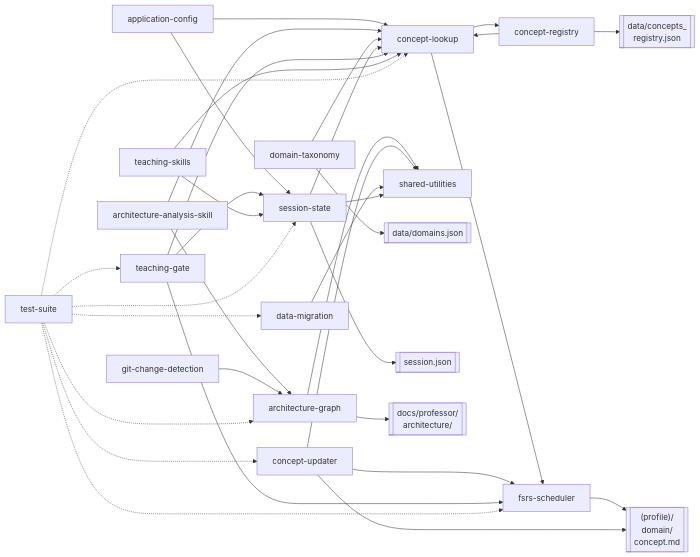
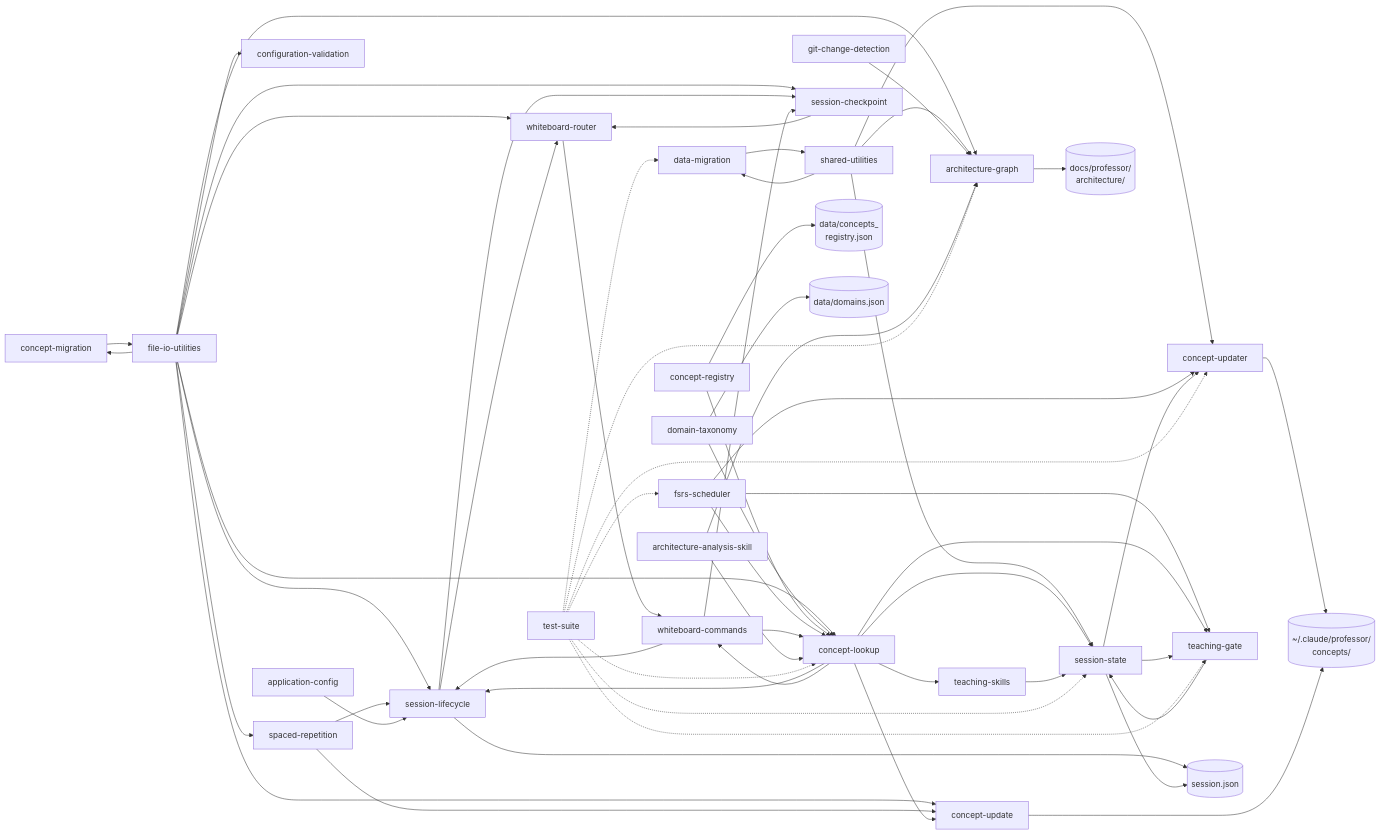
Before and after one commit to theadityamittal/claude-professor: the first of 4 diagrams in docs/professor/architecture/data-flow.md, drawn with Mermaid. The commit also changed other lines of this file and 148 other files, not shown here.

First line of the commit message:
v5.0.0: whiteboard redesign — JIT iterator, inline professor, research-backed concerns catalog (#7)

````diff
--- a/docs/professor/architecture/data-flow.md
+++ b/docs/professor/architecture/data-flow.md
@@ -8,65 +8,129 @@
     ArchSkill["architecture-analysis-skill"]
     ArchGraph["architecture-graph"]
     ConceptLookup["concept-lookup"]
+    ConceptMig["concept-migration"]
     ConceptReg["concept-registry"]
-    ConceptUpdate["concept-updater"]
+    ConceptUpdate["concept-update"]
+    ConceptUpdater["concept-updater"]
+    ConfigVal["configuration-validation"]
     DataMig["data-migration"]
     DomainTax["domain-taxonomy"]
-    FSRSScheduler["fsrs-scheduler"]
+    FileIO["file-io-utilities"]
+    FSRSSched["fsrs-scheduler"]
     GitChange["git-change-detection"]
+    SessionChk["session-checkpoint"]
+    SessionLife["session-lifecycle"]
     SessionState["session-state"]
     SharedUtils["shared-utilities"]
-    TeachingGate["teaching-gate"]
-    TeachingSkills["teaching-skills"]
+    SpcRepeat["spaced-repetition"]
+    TeachGate["teaching-gate"]
+    TeachSkills["teaching-skills"]
     TestSuite["test-suite"]
-    
-    ProfileDir[["(profile)/<br/>domain/<br/>concept.md"]]
-    ConceptFile[["data/concepts_<br/>registry.json"]]
-    DomainFile[["data/domains.json"]]
-    SessionFile[["session.json"]]
-    ArchDir[["docs/professor/<br/>architecture/"]]
-    
-    AppConfig --> ConceptLookup
-    AppConfig --> SessionState
-    
+    WBCommands["whiteboard-commands"]
+    WBRouter["whiteboard-router"]
+
+    ProfileDir[("~/.claude/professor/\nconcepts/")]
+    ConceptRegFile[("data/concepts_\nregistry.json")]
+    DomainsFile[("data/domains.json")]
+    SessionFile[("session.json")]
+    ArchDirStore[("docs/professor/\narchitecture/")]
+
+    %% file-io-utilities is the foundation
+    FileIO --> SpcRepeat
+    FileIO --> ConceptLookup
+    FileIO --> SessionLife
+    FileIO --> SessionChk
+    FileIO --> WBRouter
+    FileIO --> ConceptUpdate
+    FileIO --> ArchGraph
+    FileIO --> ConceptMig
+    FileIO --> ConfigVal
+
+    %% shared-utilities (overlaps with file-io-utilities)
+    SharedUtils --> SessionState
+    SharedUtils --> ConceptUpdater
+    SharedUtils --> ArchGraph
+    SharedUtils --> DataMig
+
+    %% domain taxonomy feeds registry and lookup
+    DomainTax --> DomainsFile
+    DomainTax --> ConceptLookup
+
+    %% concept registry
+    ConceptReg --> ConceptRegFile
+    ConceptReg --> ConceptLookup
+
+    %% FSRS scheduler
+    FSRSSched --> ConceptUpdater
+    FSRSSched --> TeachGate
+    FSRSSched --> ConceptLookup
+
+    %% spaced repetition
+    SpcRepeat --> ConceptUpdate
+    SpcRepeat --> SessionLife
+
+    %% concept lookup
+    ConceptLookup --> SessionLife
+    ConceptLookup --> WBCommands
+    ConceptLookup --> ConceptUpdate
+    ConceptLookup --> SessionState
+    ConceptLookup --> TeachGate
+    ConceptLookup --> TeachSkills
+
+    %% application config
+    AppConfig --> SessionLife
+
+    %% session lifecycle
+    SessionLife --> WBRouter
+    SessionLife --> SessionChk
+    SessionLife --> SessionFile
+
+    %% session state
+    SessionState --> TeachGate
+    SessionState --> ConceptUpdater
+    SessionState --> SessionFile
+
+    %% teaching gate
+    TeachGate --> SessionState
+
+    %% session checkpoint
+    SessionChk --> WBRouter
+
+    %% whiteboard router
+    WBRouter --> WBCommands
+
+    %% whiteboard commands
+    WBCommands --> SessionLife
+    WBCommands --> ConceptLookup
+    WBCommands --> SessionChk
+
+    %% concept updater
+    ConceptUpdater --> ProfileDir
+
+    %% concept update (script)
+    ConceptUpdate --> ProfileDir
+
+    %% architecture graph
+    ArchGraph --> ArchDirStore
+    GitChange --> ArchGraph
+
+    %% architecture analysis skill
     ArchSkill --> ArchGraph
     ArchSkill --> ConceptLookup
-    
-    ArchGraph --> SharedUtils
-    ArchGraph --> ArchDir
-    GitChange --> ArchGraph
-    
-    ConceptReg --> ConceptFile
-    ConceptReg --> ConceptLookup
-    DomainTax --> DomainFile
-    DomainTax --> ConceptLookup
-    
-    ConceptLookup --> FSRSScheduler
-    ConceptLookup --> ConceptReg
-    
-    FSRSScheduler --> ProfileDir
-    ConceptUpdate --> FSRSScheduler
-    ConceptUpdate --> SharedUtils
-    ConceptUpdate --> ProfileDir
-    
+
+    %% teaching skills
+    TeachSkills --> SessionState
+
+    %% data migration & concept migration
     DataMig --> SharedUtils
-    
-    SessionState --> SharedUtils
-    SessionState --> ConceptLookup
-    SessionState --> SessionFile
-    
-    TeachingGate --> SessionState
-    TeachingGate --> ConceptLookup
-    TeachingGate --> FSRSScheduler
-    
-    TeachingSkills --> ConceptLookup
-    TeachingSkills --> SessionState
-    
-    TestSuite -.-> FSRSScheduler
+    ConceptMig --> FileIO
+
+    %% test suite (dashed = test dependency)
+    TestSuite -.-> FSRSSched
     TestSuite -.-> ConceptLookup
     TestSuite -.-> SessionState
-    TestSuite -.-> TeachingGate
-    TestSuite -.-> ConceptUpdate
+    TestSuite -.-> TeachGate
+    TestSuite -.-> ConceptUpdater
     TestSuite -.-> ArchGraph
     TestSuite -.-> DataMig
 ```
````
